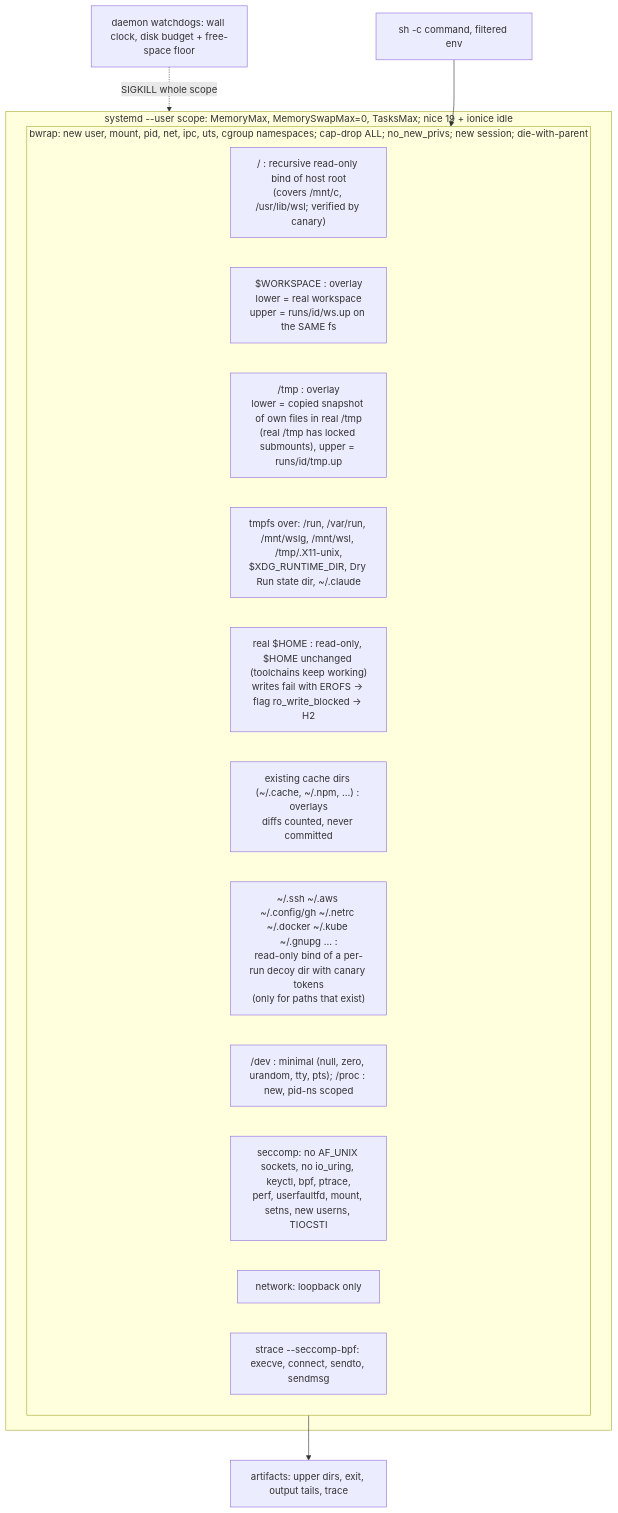
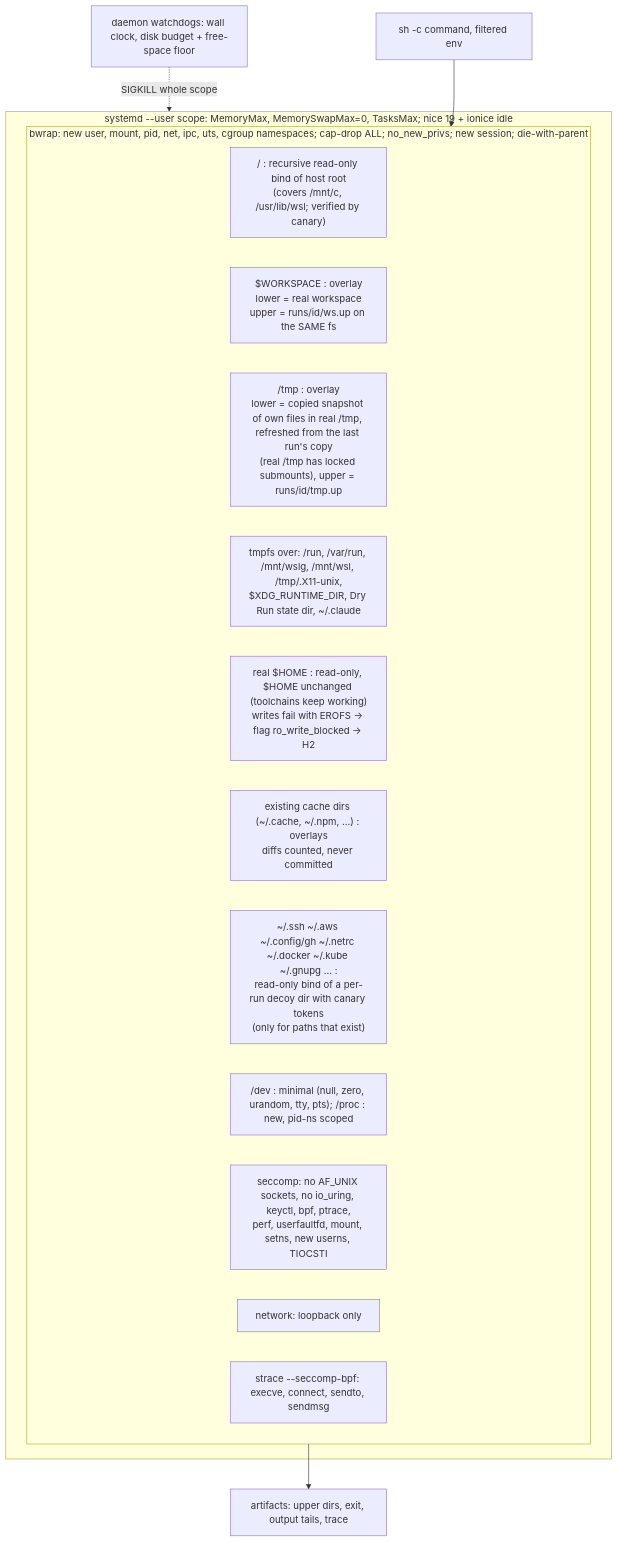
Before and after one commit to RyanL2/dry-run: the seventh of 12 diagrams in docs/ARCHITECTURE.md, drawn with Mermaid. The commit also changed other lines of this file and 4 other files, not shown here.

````diff
--- a/docs/ARCHITECTURE.md
+++ b/docs/ARCHITECTURE.md
@@ -230,21 +231,21 @@
 ```mermaid
 flowchart TB
     subgraph CG["systemd --user scope: MemoryMax, MemorySwapMax=0, TasksMax; nice 19 + ionice idle"]
     subgraph NS["bwrap: new user, mount, pid, net, ipc, uts, cgroup namespaces; cap-drop ALL; no_new_privs; new session; die-with-parent"]
         ROOT["/ : recursive read-only bind of host root<br/>(covers /mnt/c, /usr/lib/wsl; verified by canary)"]
         WS["$WORKSPACE : overlay<br/>lower = real workspace<br/>upper = runs/id/ws.up on the SAME fs"]
-        TMP["/tmp : overlay<br/>lower = copied snapshot of own files in real /tmp<br/>(real /tmp has locked submounts), upper = runs/id/tmp.up"]
+        TMP["/tmp : overlay<br/>lower = copied snapshot of own files in real /tmp, refreshed from the last run's copy<br/>(real /tmp has locked submounts), upper = runs/id/tmp.up"]
         HIDE["tmpfs over: /run, /var/run, /mnt/wslg, /mnt/wsl, /tmp/.X11-unix,<br/>$XDG_RUNTIME_DIR, Dry Run state dir, ~/.claude"]
         HOMEX["real $HOME : read-only, $HOME unchanged (toolchains keep working)<br/>writes fail with EROFS → flag ro_write_blocked → H2"]
         SHOME["existing cache dirs (~/.cache, ~/.npm, …) : overlays<br/>diffs counted, never committed"]
         SEC["~/.ssh ~/.aws ~/.config/gh ~/.netrc ~/.docker ~/.kube ~/.gnupg … :<br/>read-only bind of a per-run decoy dir with canary tokens<br/>(only for paths that exist)"]
         DEV["/dev : minimal (null, zero, urandom, tty, pts); /proc : new, pid-ns scoped"]
         SC["seccomp: no AF_UNIX sockets, no io_uring, keyctl, bpf, ptrace,<br/>perf, userfaultfd, mount, setns, new userns, TIOCSTI"]
         NET["network: loopback only"]
         TR["strace --seccomp-bpf: execve, connect, sendto, sendmsg"]
     end
     end
     WD["daemon watchdogs: wall clock, disk budget + free-space floor"] -. "SIGKILL whole scope" .-> CG
     CMD["sh -c command, filtered env"] --> NS
     NS --> ART["artifacts: upper dirs, exit, output tails, trace"]
 ```
````
